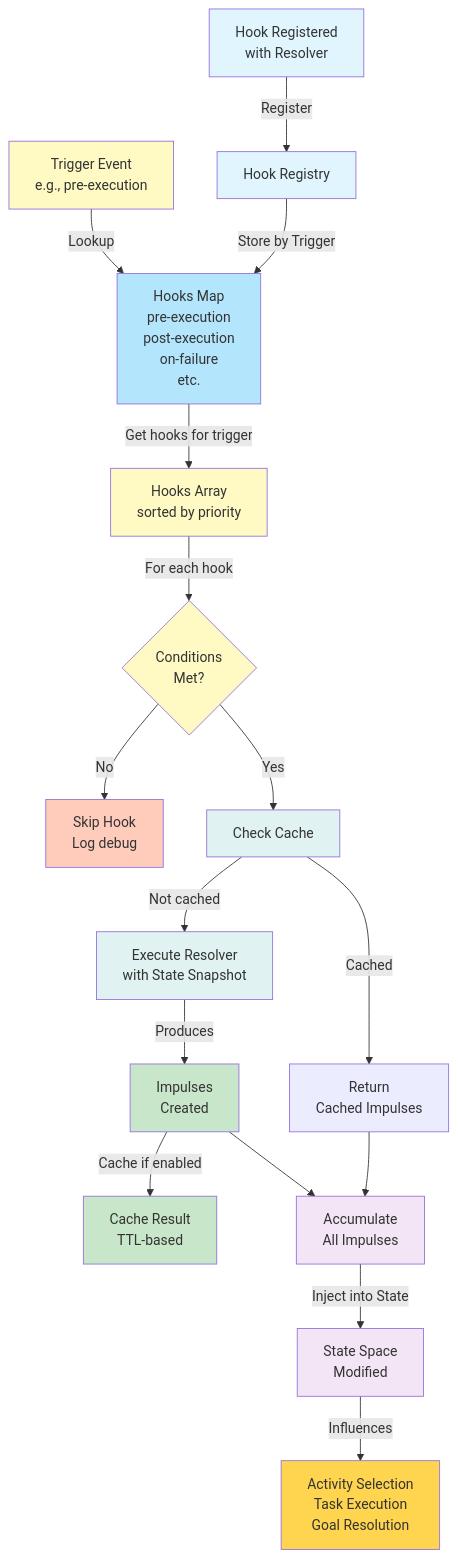
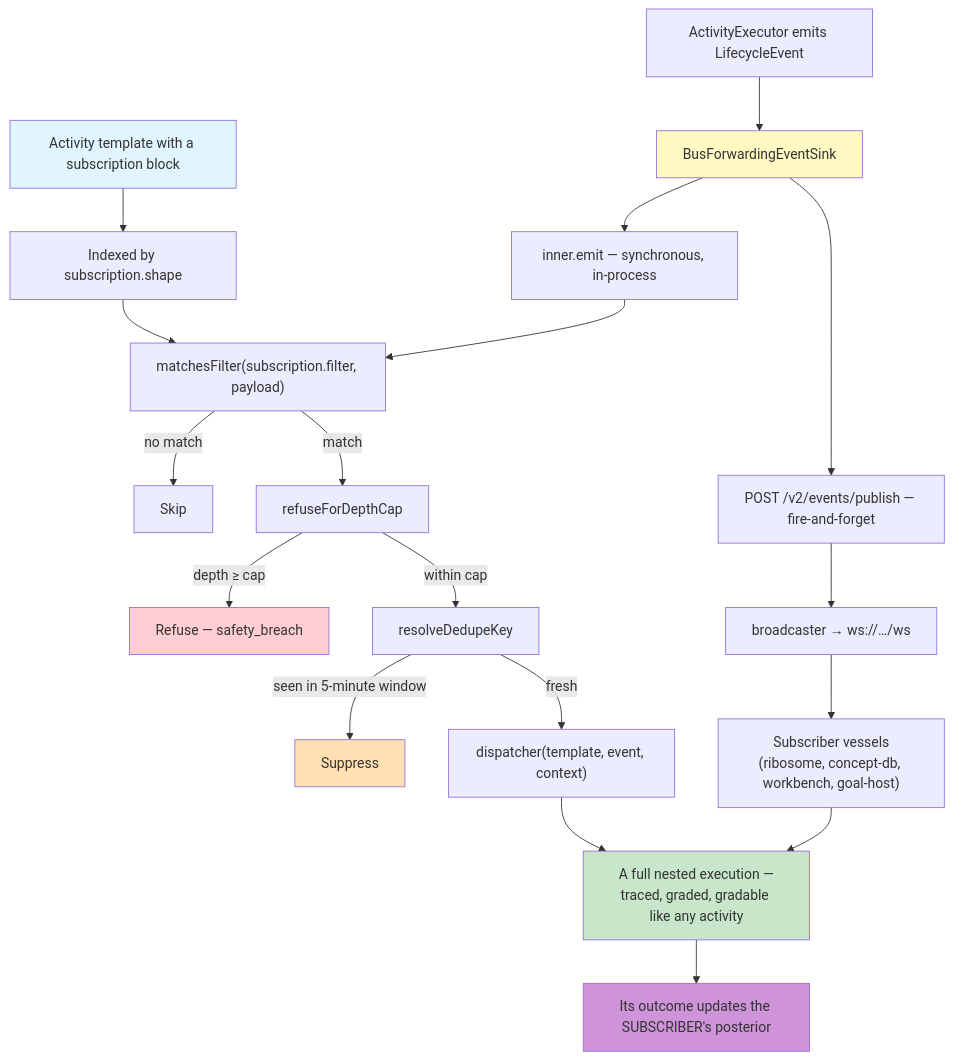
The fourth of 4 diagrams in docs/architecture/sequences/05-hooks-behavior-injection.md (AviGopal/substrate), drawn with Mermaid before and after one commit. The commit also changed other lines of this file and 43 other files, not shown here.

````diff
--- a/docs/architecture/sequences/05-hooks-behavior-injection.md
+++ b/docs/architecture/sequences/05-hooks-behavior-injection.md
@@ -569,40 +229,34 @@
 ```mermaid
 graph TD
-    A["Hook Registered<br/>with Resolver"] -->|Register| B["Hook Registry"]
-    B -->|Store by Trigger| C["Hooks Map<br/>pre-execution<br/>post-execution<br/>on-failure<br/>etc."]
+    A["Activity template with a subscription block"] --> B["Indexed by subscription.shape"]
+    C["ActivityExecutor emits LifecycleEvent"] --> D["BusForwardingEventSink"]
 
-    D["Trigger Event<br/>e.g., pre-execution"] -->|Lookup| C
-    C -->|Get hooks for trigger| E["Hooks Array<br/>sorted by priority"]
+    D --> E["inner.emit — synchronous, in-process"]
+    D --> F["POST /v2/events/publish — fire-and-forget"]
 
-    E -->|For each hook| F{Conditions<br/>Met?}
-    F -->|No| G["Skip Hook<br/>Log debug"]
-    F -->|Yes| H["Check Cache"]
+    F --> G["broadcaster → ws://…/ws"]
+    G --> H["Subscriber vessels<br/>(ribosome, concept-db, workbench, goal-host)"]
 
-    H -->|Cached| I["Return<br/>Cached Impulses"]
-    H -->|Not cached| J["Execute Resolver<br/>with State Snapshot"]
+    E --> I["matchesFilter(subscription.filter, payload)"]
+    B --> I
+    I -->|"no match"| J["Skip"]
+    I -->|"match"| K["refuseForDepthCap"]
 
-    J -->|Produces| K["Impulses<br/>Created"]
-    K -->|Cache if enabled| L["Cache Result<br/>TTL-based"]
+    K -->|"depth ≥ cap"| L["Refuse — safety_breach"]
+    K -->|"within cap"| M["resolveDedupeKey"]
 
-    I --> M["Accumulate<br/>All Impulses"]
-    K --> M
+    M -->|"seen in 5-minute window"| N["Suppress"]
+    M -->|"fresh"| O["dispatcher(template, event, context)"]
 
-    M -->|Inject into State| N["State Space<br/>Modified"]
+    O --> P["A full nested execution —<br/>traced, graded, gradable like any activity"]
+    H --> P
 
-    N -->|Influences| O["Activity Selection<br/>Task Execution<br/>Goal Resolution"]
+    P --> Q["Its outcome updates the SUBSCRIBER's posterior"]
 
     style A fill:#e1f5ff
-    style B fill:#e1f5ff
-    style C fill:#b3e5fc
     style D fill:#fff9c4
-    style E fill:#fff9c4
-    style F fill:#fff9c4
-    style G fill:#ffccbc
-    style H fill:#e0f2f1
-    style J fill:#e0f2f1
-    style K fill:#c8e6c9
-    style L fill:#c8e6c9
-    style M fill:#f3e5f5
-    style N fill:#f3e5f5
-    style O fill:#ffd54f
+    style L fill:#ffcdd2
+    style N fill:#ffe0b2
+    style P fill:#c8e6c9
+    style Q fill:#ce93d8
 ```
````
